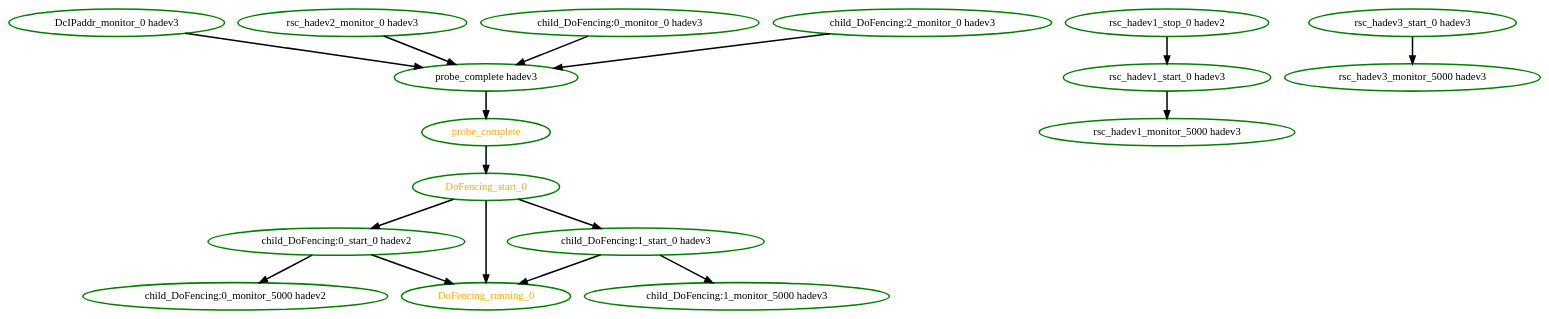
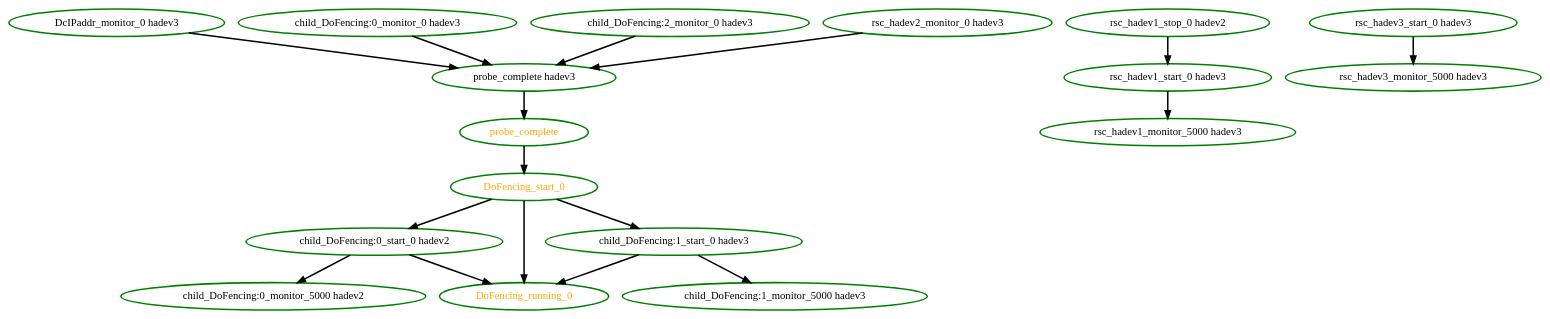
Before and after one commit to richiewen8/heartbeat: the diagram in crm/pengine/testcases/735.dot, drawn with Graphviz. The commit also changed 176 other files, not shown here.

```diff
--- a/crm/pengine/testcases/735.dot
+++ b/crm/pengine/testcases/735.dot
@@ -1,36 +1,35 @@
-digraph "g" {
-	size = "30,30"
+ digraph "g" {
+"DcIPaddr_monitor_0 hadev3" -> "probe_complete hadev3" [ style = bold]
+"DcIPaddr_monitor_0 hadev3" [ style=bold color="green" fontcolor="black" ]
+"DoFencing_running_0" [ style=bold color="green" fontcolor="orange" ]
+"DoFencing_start_0" -> "DoFencing_running_0" [ style = bold]
+"DoFencing_start_0" -> "child_DoFencing:0_start_0 hadev2" [ style = bold]
+"DoFencing_start_0" -> "child_DoFencing:1_start_0 hadev3" [ style = bold]
+"DoFencing_start_0" [ style=bold color="green" fontcolor="orange" ]
+"child_DoFencing:0_monitor_0 hadev3" -> "probe_complete hadev3" [ style = bold]
+"child_DoFencing:0_monitor_0 hadev3" [ style=bold color="green" fontcolor="black" ]
+"child_DoFencing:0_monitor_5000 hadev2" [ style=bold color="green" fontcolor="black" ]
+"child_DoFencing:0_start_0 hadev2" -> "DoFencing_running_0" [ style = bold]
+"child_DoFencing:0_start_0 hadev2" -> "child_DoFencing:0_monitor_5000 hadev2" [ style = bold]
+"child_DoFencing:0_start_0 hadev2" [ style=bold color="green" fontcolor="black" ]
+"child_DoFencing:1_monitor_5000 hadev3" [ style=bold color="green" fontcolor="black" ]
+"child_DoFencing:1_start_0 hadev3" -> "DoFencing_running_0" [ style = bold]
+"child_DoFencing:1_start_0 hadev3" -> "child_DoFencing:1_monitor_5000 hadev3" [ style = bold]
+"child_DoFencing:1_start_0 hadev3" [ style=bold color="green" fontcolor="black" ]
+"child_DoFencing:2_monitor_0 hadev3" -> "probe_complete hadev3" [ style = bold]
+"child_DoFencing:2_monitor_0 hadev3" [ style=bold color="green" fontcolor="black" ]
+"probe_complete hadev3" -> "probe_complete" [ style = bold]
+"probe_complete hadev3" [ style=bold color="green" fontcolor="black" ]
+"probe_complete" -> "DoFencing_start_0" [ style = bold]
 "probe_complete" [ style=bold color="green" fontcolor="orange" ]
-"probe_complete hadev3" [ style=bold color="green" fontcolor="black" ]
-"DcIPaddr_monitor_0 hadev3" [ style=bold color="green" fontcolor="black" ]
+"rsc_hadev1_monitor_5000 hadev3" [ style=bold color="green" fontcolor="black" ]
+"rsc_hadev1_start_0 hadev3" -> "rsc_hadev1_monitor_5000 hadev3" [ style = bold]
+"rsc_hadev1_start_0 hadev3" [ style=bold color="green" fontcolor="black" ]
+"rsc_hadev1_stop_0 hadev2" -> "rsc_hadev1_start_0 hadev3" [ style = bold]
+"rsc_hadev1_stop_0 hadev2" [ style=bold color="green" fontcolor="black" ]
+"rsc_hadev2_monitor_0 hadev3" -> "probe_complete hadev3" [ style = bold]
 "rsc_hadev2_monitor_0 hadev3" [ style=bold color="green" fontcolor="black" ]
-"child_DoFencing:0_monitor_0 hadev3" [ style=bold color="green" fontcolor="black" ]
-"child_DoFencing:2_monitor_0 hadev3" [ style=bold color="green" fontcolor="black" ]
-"rsc_hadev1_stop_0 hadev2" [ style=bold color="green" fontcolor="black" ]
-"rsc_hadev1_start_0 hadev3" [ style=bold color="green" fontcolor="black" ]
-"rsc_hadev1_monitor_5000 hadev3" [ style=bold color="green" fontcolor="black" ]
+"rsc_hadev3_monitor_5000 hadev3" [ style=bold color="green" fontcolor="black" ]
+"rsc_hadev3_start_0 hadev3" -> "rsc_hadev3_monitor_5000 hadev3" [ style = bold]
 "rsc_hadev3_start_0 hadev3" [ style=bold color="green" fontcolor="black" ]
-"rsc_hadev3_monitor_5000 hadev3" [ style=bold color="green" fontcolor="black" ]
-"child_DoFencing:0_start_0 hadev2" [ style=bold color="green" fontcolor="black" ]
-"child_DoFencing:0_monitor_5000 hadev2" [ style=bold color="green" fontcolor="black" ]
-"child_DoFencing:1_start_0 hadev3" [ style=bold color="green" fontcolor="black" ]
-"child_DoFencing:1_monitor_5000 hadev3" [ style=bold color="green" fontcolor="black" ]
-"DoFencing_start_0" [ style=bold color="green" fontcolor="orange" ]
-"DoFencing_running_0" [ style=bold color="green" fontcolor="orange" ]
-"probe_complete hadev3" -> "probe_complete" [ style = bold]
-"DcIPaddr_monitor_0 hadev3" -> "probe_complete hadev3" [ style = bold]
-"rsc_hadev2_monitor_0 hadev3" -> "probe_complete hadev3" [ style = bold]
-"child_DoFencing:0_monitor_0 hadev3" -> "probe_complete hadev3" [ style = bold]
-"child_DoFencing:2_monitor_0 hadev3" -> "probe_complete hadev3" [ style = bold]
-"rsc_hadev1_stop_0 hadev2" -> "rsc_hadev1_start_0 hadev3" [ style = bold]
-"rsc_hadev1_start_0 hadev3" -> "rsc_hadev1_monitor_5000 hadev3" [ style = bold]
-"rsc_hadev3_start_0 hadev3" -> "rsc_hadev3_monitor_5000 hadev3" [ style = bold]
-"DoFencing_start_0" -> "child_DoFencing:0_start_0 hadev2" [ style = bold]
-"child_DoFencing:0_start_0 hadev2" -> "child_DoFencing:0_monitor_5000 hadev2" [ style = bold]
-"DoFencing_start_0" -> "child_DoFencing:1_start_0 hadev3" [ style = bold]
-"child_DoFencing:1_start_0 hadev3" -> "child_DoFencing:1_monitor_5000 hadev3" [ style = bold]
-"probe_complete" -> "DoFencing_start_0" [ style = bold]
-"child_DoFencing:0_start_0 hadev2" -> "DoFencing_running_0" [ style = bold]
-"child_DoFencing:1_start_0 hadev3" -> "DoFencing_running_0" [ style = bold]
-"DoFencing_start_0" -> "DoFencing_running_0" [ style = bold]
 }
```
